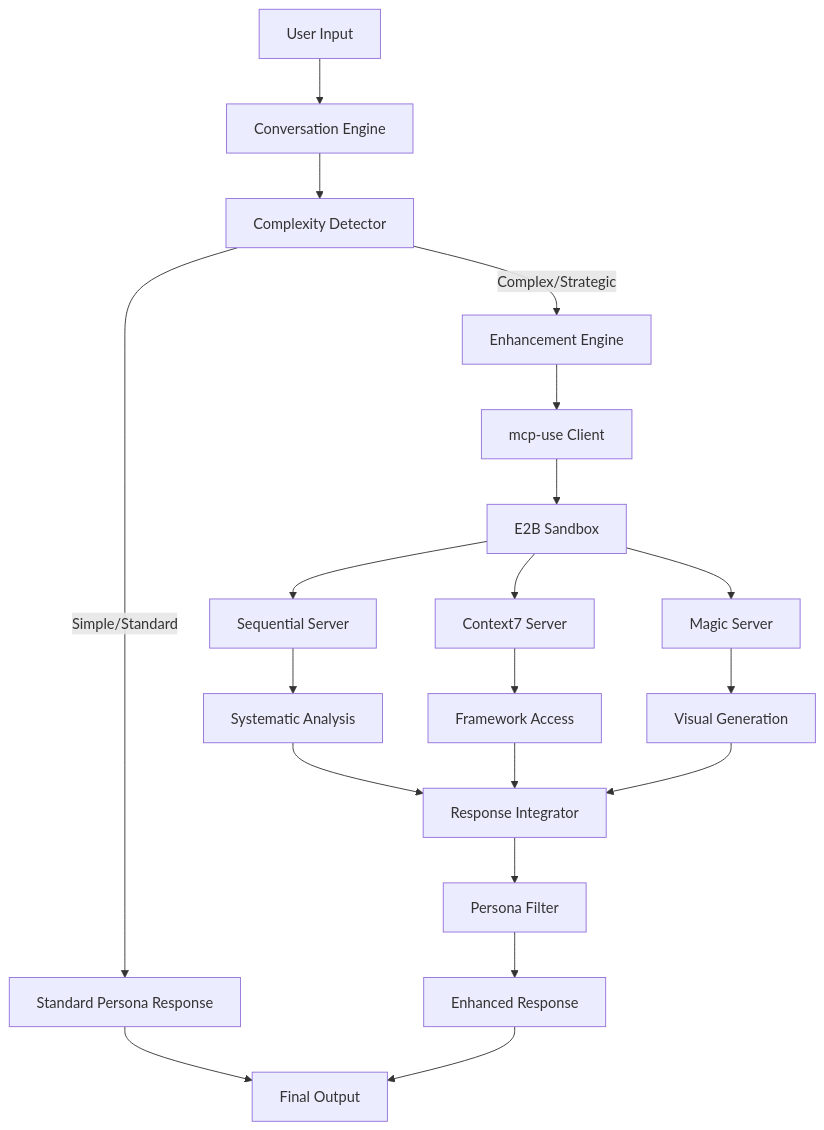
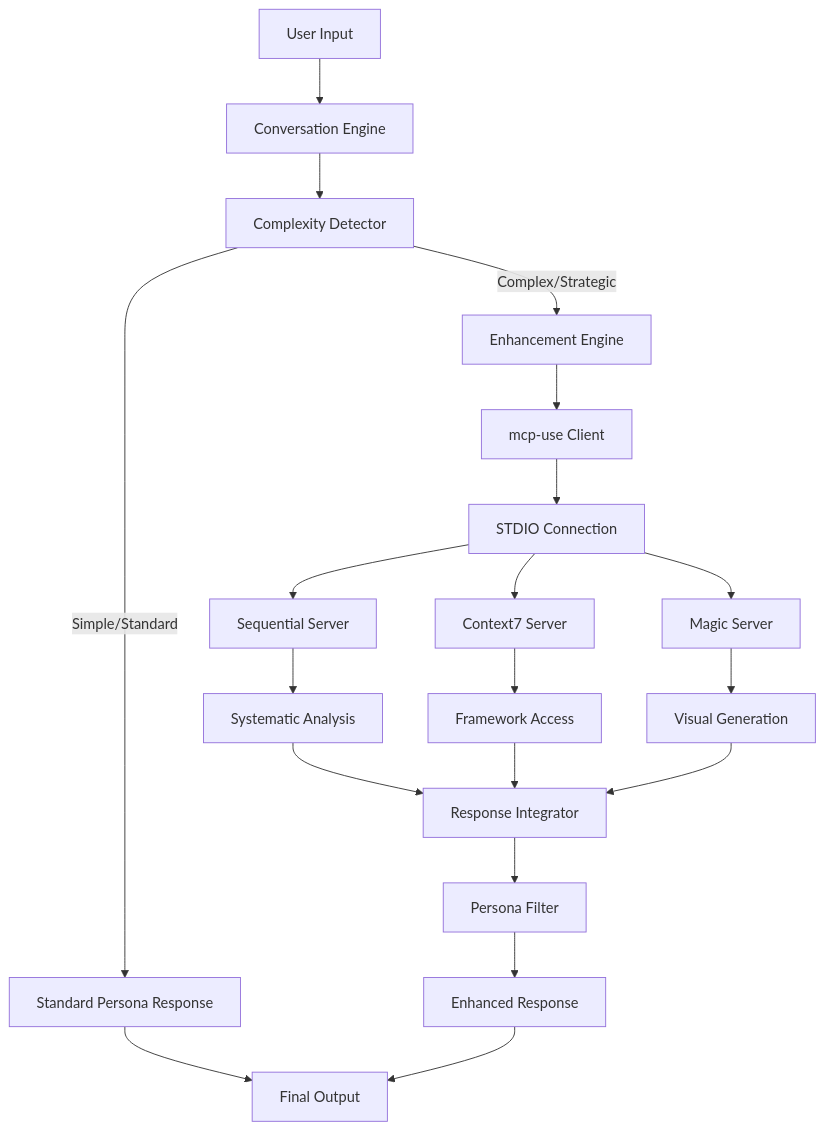
The diagram in docs/product/mcp-use-integration-prd.md (chriscantu/ClaudeDirector), drawn with Mermaid before and after one commit. The commit also changed other lines of this file and 4 other files, not shown here.

````diff
--- a/docs/product/mcp-use-integration-prd.md
+++ b/docs/product/mcp-use-integration-prd.md
@@ -219,28 +220,28 @@
 ```mermaid
 graph TD
     A[User Input] --> B[Conversation Engine]
     B --> C[Complexity Detector]
     
     C -->|Simple/Standard| D[Standard Persona Response]
     C -->|Complex/Strategic| E[Enhancement Engine]
     
     E --> F[mcp-use Client]
-    F --> G[E2B Sandbox]
+    F --> G[STDIO Connection]
     G --> H[Sequential Server]
     G --> I[Context7 Server]
     G --> J[Magic Server]
     
     H --> K[Systematic Analysis]
     I --> L[Framework Access]
     J --> M[Visual Generation]
     
     K --> N[Response Integrator]
     L --> N
     M --> N
     
     N --> O[Persona Filter]
     O --> P[Enhanced Response]
     
     D --> Q[Final Output]
     P --> Q
 ```
````
